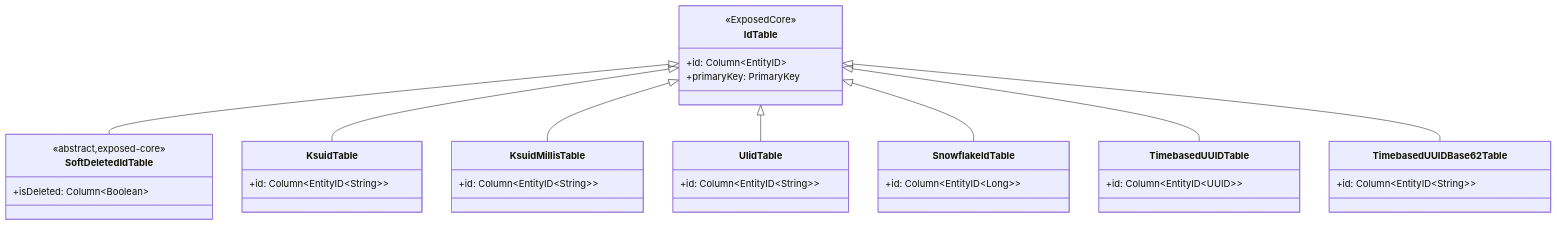
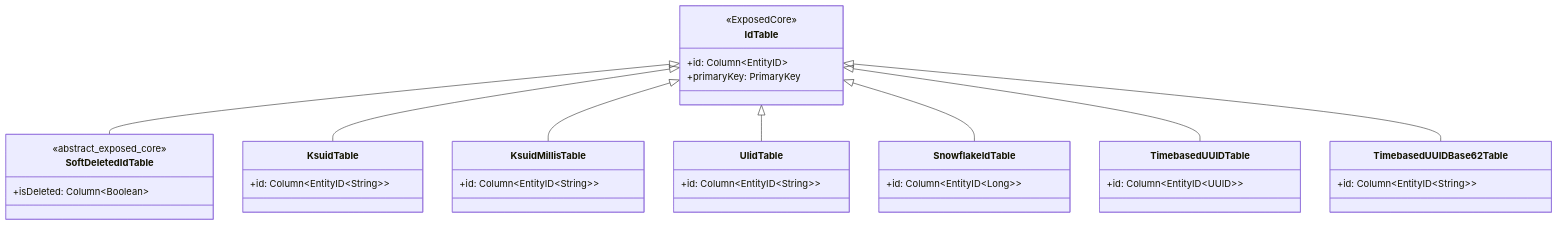
One commit to bluetape4k/bluetape4k-projects changed the second of 4 diagrams in data/exposed-dao/README.md. Above: the diagram before and after it, drawn with Mermaid. The commit also changed other lines of this file and 95 other files, not shown here.

First line of the commit message:
docs: Mermaid 파서 오류 전체 수정 (IntelliJ IDEA 호환)

````diff
--- a/data/exposed-dao/README.md
+++ b/data/exposed-dao/README.md
@@ -264,38 +258,38 @@
 ```mermaid
 classDiagram
     class IdTable {
 <<ExposedCore>>
 +id: Column~EntityID~
 +primaryKey: PrimaryKey
 }
 class SoftDeletedIdTable {
-<<abstract,exposed-core>>
+<<abstract_exposed_core>>
 +isDeleted: Column~Boolean~
 }
 class KsuidTable {
 +id: Column~EntityID~String~~
 }
 class KsuidMillisTable {
 +id: Column~EntityID~String~~
 }
 class UlidTable {
 +id: Column~EntityID~String~~
 }
 class SnowflakeIdTable {
 +id: Column~EntityID~Long~~
 }
 class TimebasedUUIDTable {
 +id: Column~EntityID~UUID~~
 }
 class TimebasedUUIDBase62Table {
 +id: Column~EntityID~String~~
 }
 
 IdTable <|-- SoftDeletedIdTable
 IdTable <|-- KsuidTable
 IdTable <|-- KsuidMillisTable
 IdTable <|-- UlidTable
 IdTable <|-- SnowflakeIdTable
 IdTable <|-- TimebasedUUIDTable
 IdTable <|-- TimebasedUUIDBase62Table
 ```
````
